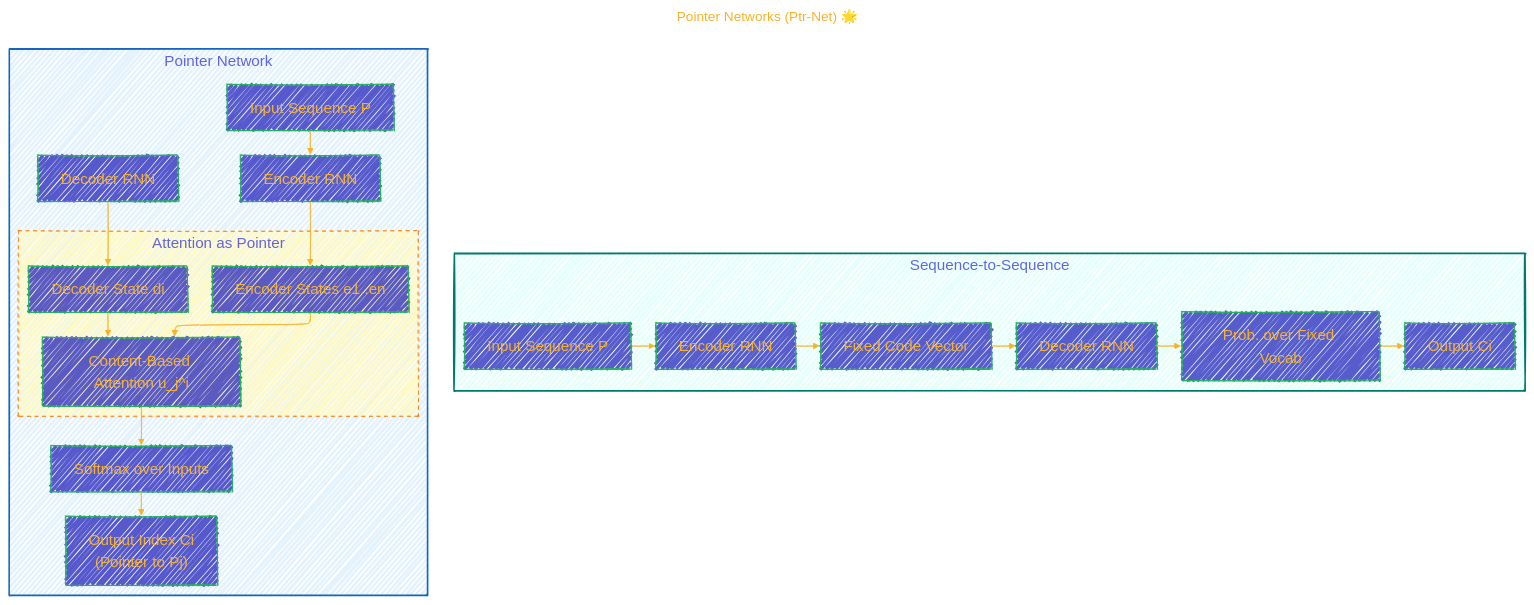
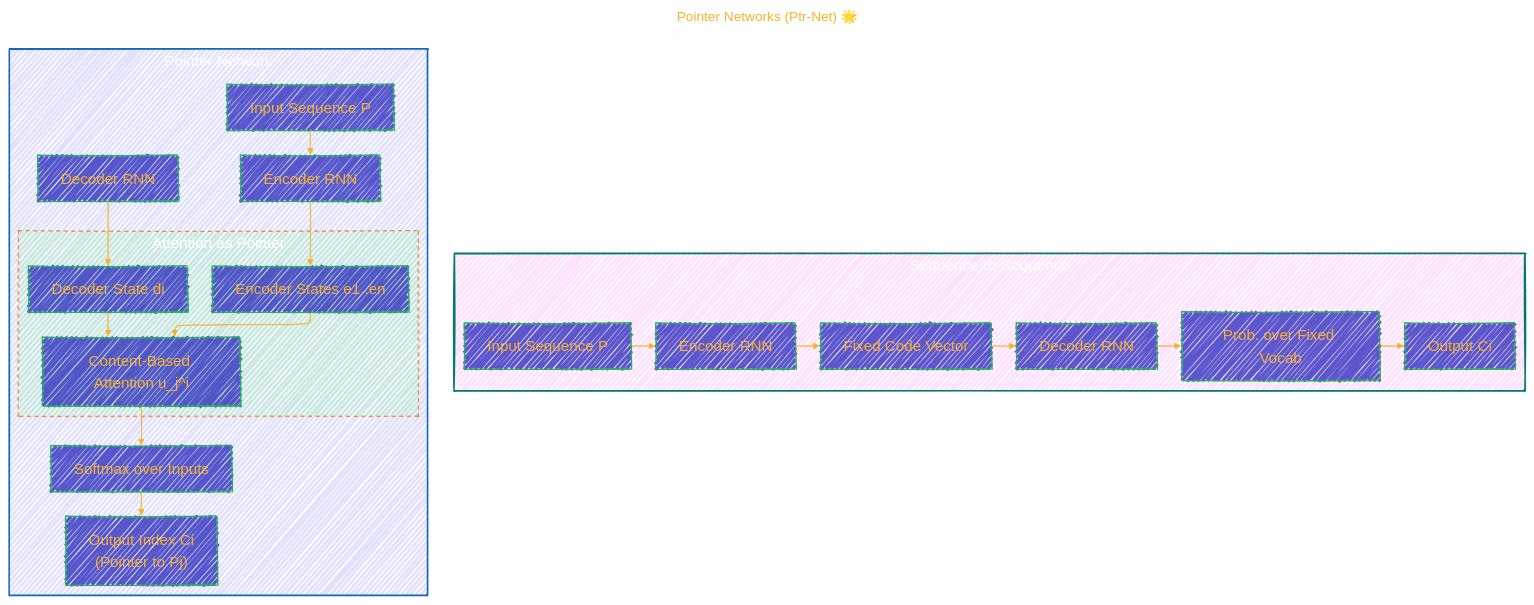
Before and after one commit to CongLeSolutionX/Ilya_Sutskever_reading_list: the first of 4 diagrams in Pointer_Networks/Pointer_Networks.md, drawn with Mermaid. The commit also changed other lines of this file, not shown here.

Commit message:
update notes

````diff
--- a/Pointer_Networks/Pointer_Networks.md
+++ b/Pointer_Networks/Pointer_Networks.md
@@ -145,64 +145,63 @@
 ```mermaid
 ---
 title: "Pointer Networks (Ptr-Net) 🌟"
 author: "Cong Le"
 version: "1.0"
 license(s): "MIT, CC BY-SA 4.0"
 copyright: "Copyright (c) 2025 Cong Le. All Rights Reserved."
 config:
   layout: elk
   theme: base
   look: handDrawn
 ---
 %%%%%%%% Mermaid version v11.4.1-b.14
 %%%%%%%% Available curve styles include the following keywords:
 %% basis, bumpX, bumpY, cardinal, catmullRom, linear, monotoneX, monotoneY, natural, step, stepAfter, stepBefore.
 %%{
   init: {
     'flowchart': { 'htmlLabels': true, 'curve': 'basis' },
     'fontFamily': 'American Typewriter, monospace',
     'logLevel': 'fatal',
     'themeVariables': {
       'primaryColor': '#22BB',
       'primaryTextColor': '#F8B229',
       'lineColor': '#F8B229',
       'primaryBorderColor': '#27AE60',
       'secondaryColor': '#E2F1',
       'secondaryTextColor': '#6C3483',
       'secondaryBorderColor': '#A569BD',
       'fontSize': '20px'
     }
   }
 }%%
 flowchart TD
     subgraph Seq2Seq_Model["Sequence-to-Sequence"]
+    style Seq2Seq_Model fill:#F2F2,stroke:#00796b,stroke-width:2px, color: #FFFF
     direction LR
         S_Input["Input Sequence P"] --> S_Encoder["Encoder RNN"]
         S_Encoder --> S_Code["Fixed Code Vector"]
         S_Code --> S_Decoder["Decoder RNN"]
         S_Decoder --> S_Prob["Prob. over Fixed Vocab"]
         S_Prob --> S_Output["Output Ci"]
     end
 
     subgraph PtrNet_Model["Pointer Network"]
+    style PtrNet_Model fill:#22F2,stroke:#1565c0,stroke-width:2px, color: #FFFF
     direction LR
         P_Input["Input Sequence P"] --> P_Encoder["Encoder RNN"]
         P_Encoder --> P_EncoderStates["Encoder States e1..en"]
         P_Decoder["Decoder RNN"] --> P_DecoderState_di["Decoder State di"]
         
         subgraph AttentionAsPointer["Attention as Pointer"]
+        style AttentionAsPointer fill:#2F22,stroke:#f57f17,stroke-width:1px,stroke-dasharray: 5 5, color: #FFFF
             P_EncoderStates --> P_AttMech[Content-Based Attention u_j^i]
             P_DecoderState_di --> P_AttMech
         end
         P_AttMech --> P_Softmax["Softmax over Inputs"]
         P_Softmax --> P_OutputIdx["Output Index Ci<br/> (Pointer to Pj)"]
     end
-
-    style Seq2Seq_Model fill:#e6fffa,stroke:#00796b,stroke-width:2px
-    style PtrNet_Model fill:#e3f2fd,stroke:#1565c0,stroke-width:2px
-    style AttentionAsPointer fill:#fff9c4,stroke:#f57f17,stroke-width:1px,stroke-dasharray: 5 5
-
+    
     %% Connections showing flow
     %% Note: For Ptr-Net, the decoder state also influences subsequent steps, and encoder states are used at each step.
     %% This is simplified for comparison focus.
 ```
````
